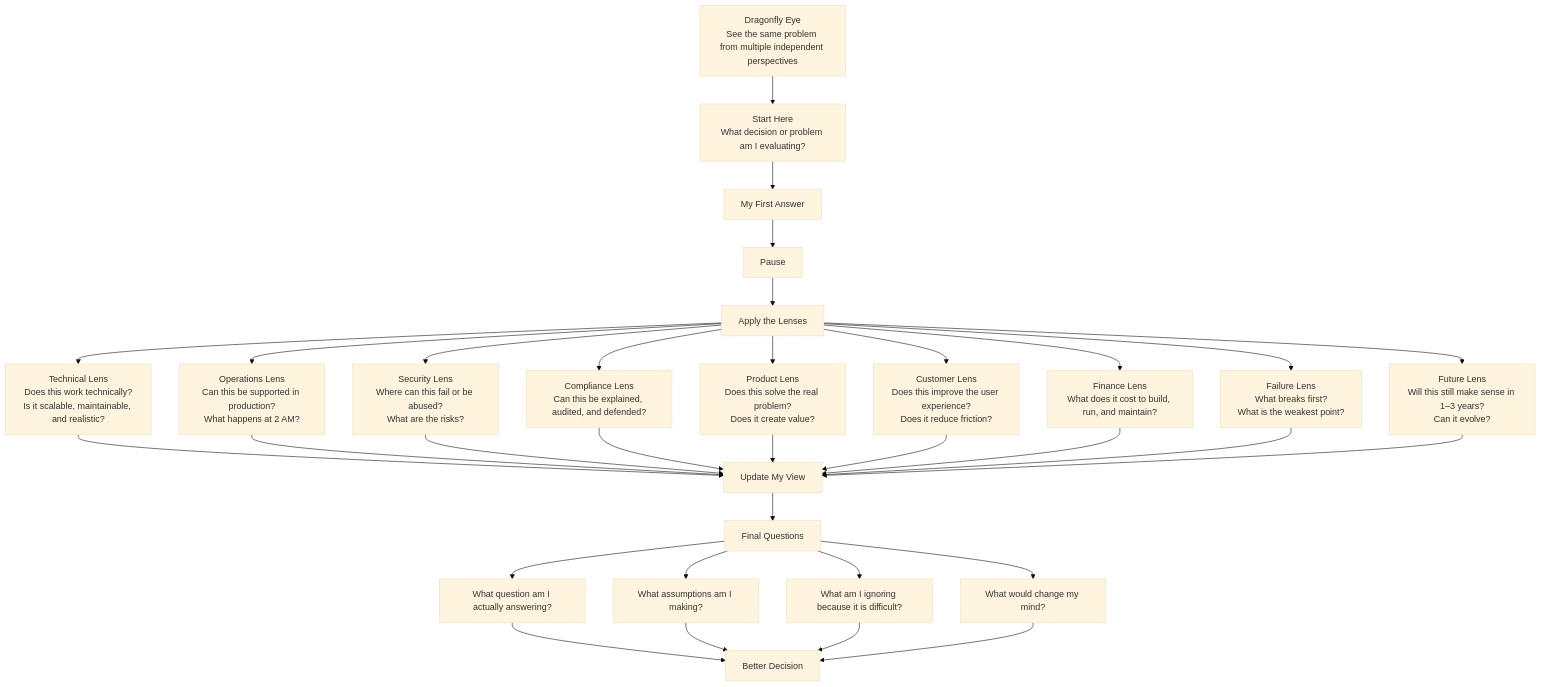
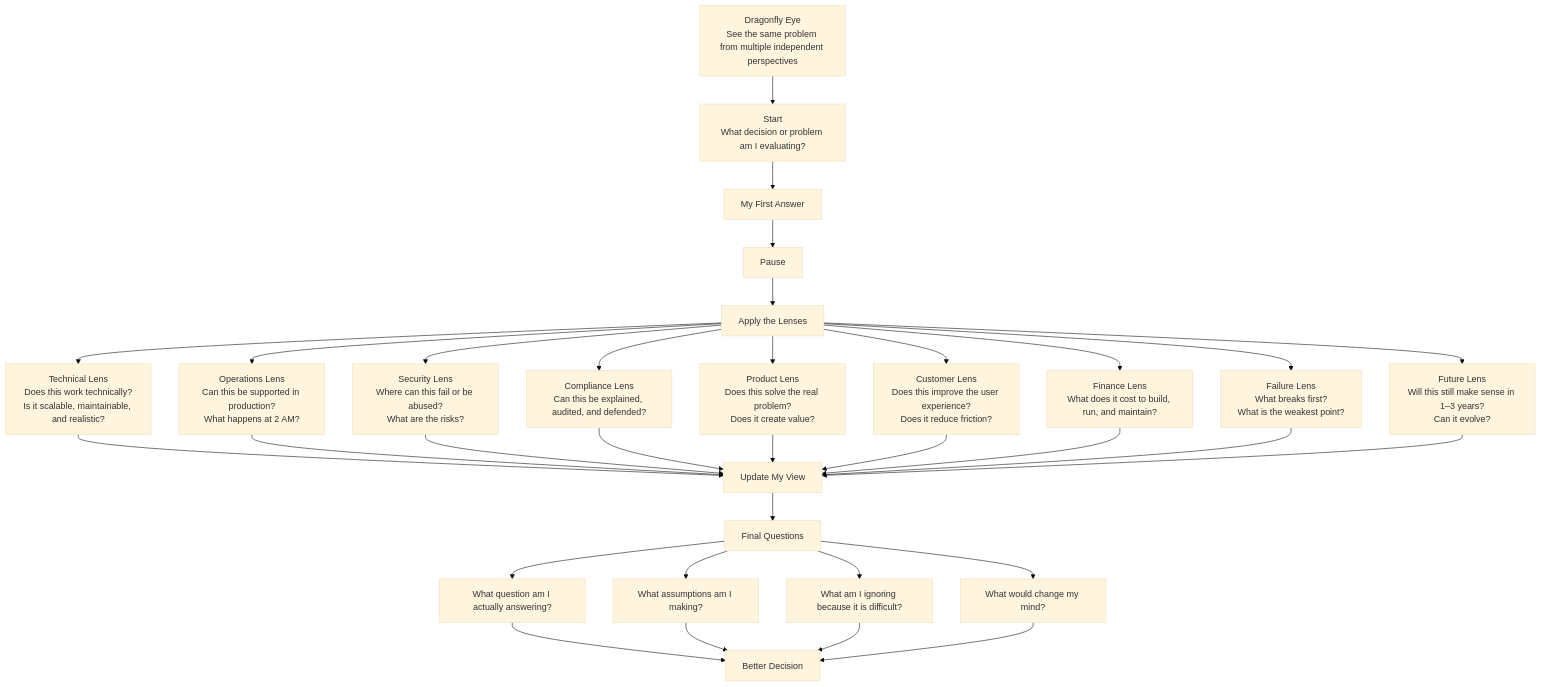
The diagram in Executive-Knowledge-Base/Superforecasting-Log.md (Mohammed-Alrawaf/System-Architecture-Dojo), drawn with Mermaid (base theme) before and after one commit.

````diff
--- a/Executive-Knowledge-Base/Superforecasting-Log.md
+++ b/Executive-Knowledge-Base/Superforecasting-Log.md
@@ -335,38 +335,38 @@
 ```mermaid
 flowchart TD
-    A["Dragonfly Eye<br/>See the same problem from multiple independent perspectives"] --> B["Start Here<br/>What decision or problem am I evaluating?"]
+    A["Dragonfly Eye<br/>See the same problem from multiple independent perspectives"] --> B["Start<br/>What decision or problem am I evaluating?"]
     B --> C["My First Answer"]
     C --> D["Pause"]
     D --> E["Apply the Lenses"]
 
     E --> T["Technical Lens<br/>Does this work technically?<br/>Is it scalable, maintainable, and realistic?"]
     E --> O["Operations Lens<br/>Can this be supported in production?<br/>What happens at 2 AM?"]
     E --> S["Security Lens<br/>Where can this fail or be abused?<br/>What are the risks?"]
     E --> C1["Compliance Lens<br/>Can this be explained, audited, and defended?"]
     E --> P["Product Lens<br/>Does this solve the real problem?<br/>Does it create value?"]
     E --> U["Customer Lens<br/>Does this improve the user experience?<br/>Does it reduce friction?"]
     E --> F["Finance Lens<br/>What does it cost to build, run, and maintain?"]
     E --> X["Failure Lens<br/>What breaks first?<br/>What is the weakest point?"]
     E --> G["Future Lens<br/>Will this still make sense in 1–3 years?<br/>Can it evolve?"]
 
     T --> H["Update My View"]
     O --> H
     S --> H
     C1 --> H
     P --> H
     U --> H
     F --> H
     X --> H
     G --> H
 
     H --> I["Final Questions"]
     I --> I1["What question am I actually answering?"]
     I --> I2["What assumptions am I making?"]
     I --> I3["What am I ignoring because it is difficult?"]
     I --> I4["What would change my mind?"]
 
     I1 --> J["Better Decision"]
     I2 --> J
     I3 --> J
     I4 --> J
 ```
````
